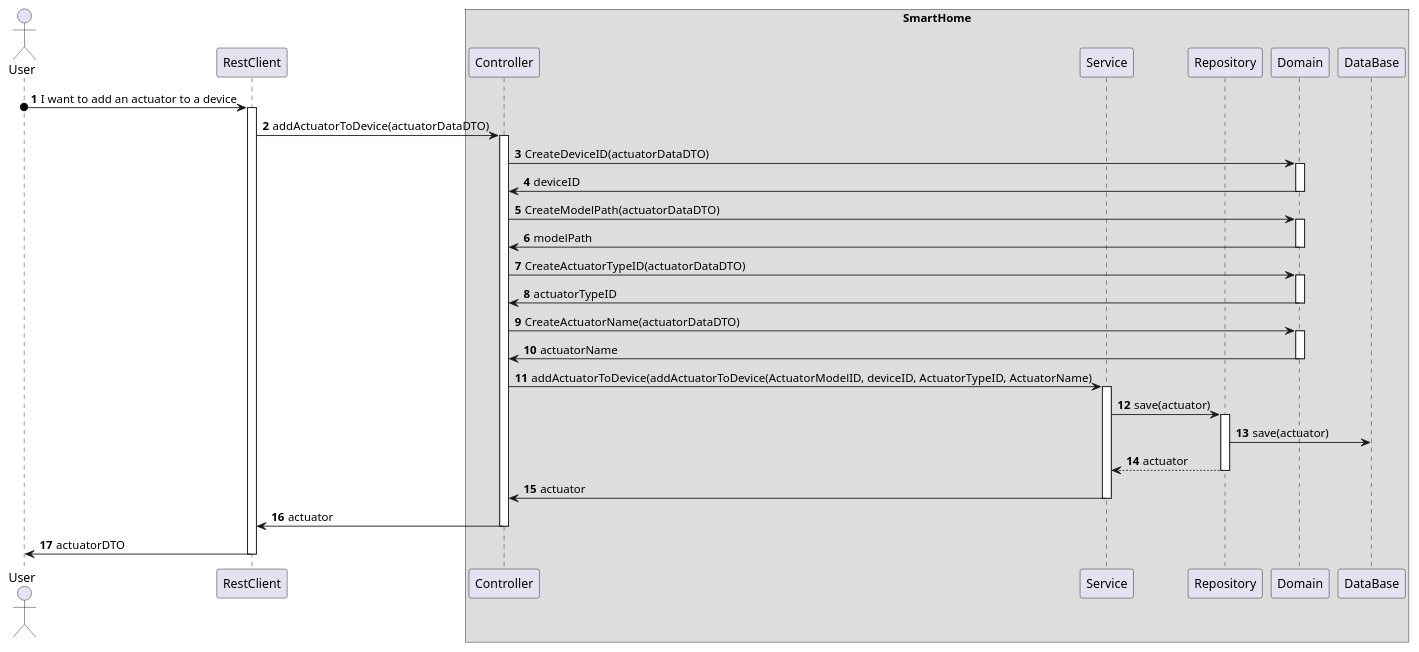
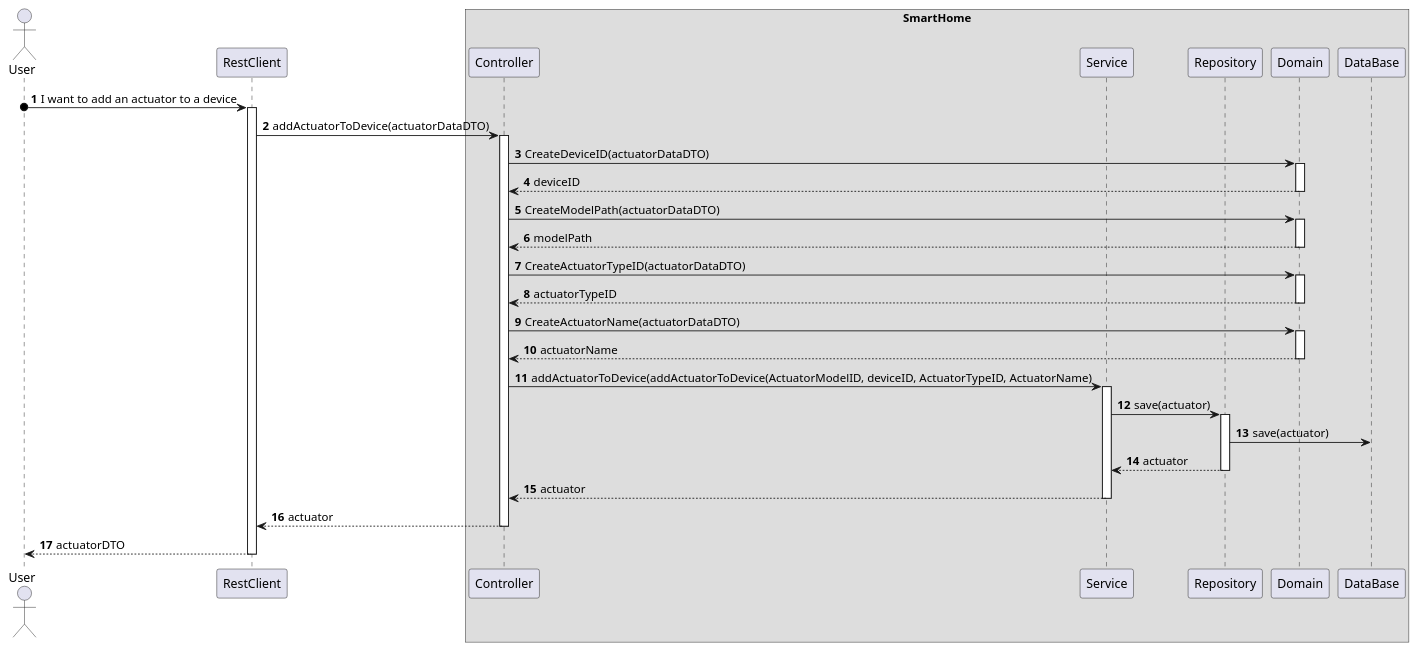
The diagram in docs/ooa/C4_4plus1_models/Level4/ProcessView/ProcessViewLevel4_UC10.puml (olivDiogo/SmartHome), drawn with PlantUML before and after one commit. The commit also changed 8 other files, not shown here.

```diff
--- a/docs/ooa/C4_4plus1_models/Level4/ProcessView/ProcessViewLevel4_UC10.puml
+++ b/docs/ooa/C4_4plus1_models/Level4/ProcessView/ProcessViewLevel4_UC10.puml
@@ -1,55 +1,55 @@
 @startuml
 'https://plantuml.com/sequence-diagram
 !pragma layout smetana
 
 autonumber
 
 actor "User" as User
 participant "RestClient" as RC
 
 box "SmartHome"
     participant "Controller" as CTRL
     participant "Service" as SV
     participant "Repository" as REPO
     participant "Domain" as DOM
     participant "DataBase" as BD
 end box
 
 User o-> RC : I want to add an actuator to a device
 activate RC
 RC -> CTRL : addActuatorToDevice(actuatorDataDTO)
 activate CTRL
 CTRL -> DOM : CreateDeviceID(actuatorDataDTO)
 activate DOM
-DOM -> CTRL : deviceID
+DOM --> CTRL : deviceID
 deactivate DOM
 CTRL -> DOM : CreateModelPath(actuatorDataDTO)
 activate DOM
-DOM -> CTRL : modelPath
+DOM --> CTRL : modelPath
 deactivate DOM
 CTRL -> DOM : CreateActuatorTypeID(actuatorDataDTO)
 activate DOM
-DOM -> CTRL : actuatorTypeID
+DOM --> CTRL : actuatorTypeID
 deactivate DOM
 CTRL -> DOM : CreateActuatorName(actuatorDataDTO)
 activate DOM
-DOM -> CTRL : actuatorName
+DOM --> CTRL : actuatorName
 deactivate DOM
 
 CTRL -> SV : addActuatorToDevice(addActuatorToDevice(ActuatorModelID, deviceID, ActuatorTypeID, ActuatorName)
 activate SV
 SV -> REPO : save(actuator)
 activate REPO
 REPO -> BD : save(actuator)
 REPO --> SV : actuator
 deactivate REPO
 
-SV -> CTRL : actuator
+SV --> CTRL : actuator
 deactivate SV
-CTRL -> RC : actuator
+CTRL --> RC : actuator
 deactivate CTRL
-RC -> User : actuatorDTO
+RC --> User : actuatorDTO
 deactivate RC
 
 
 @enduml
```
